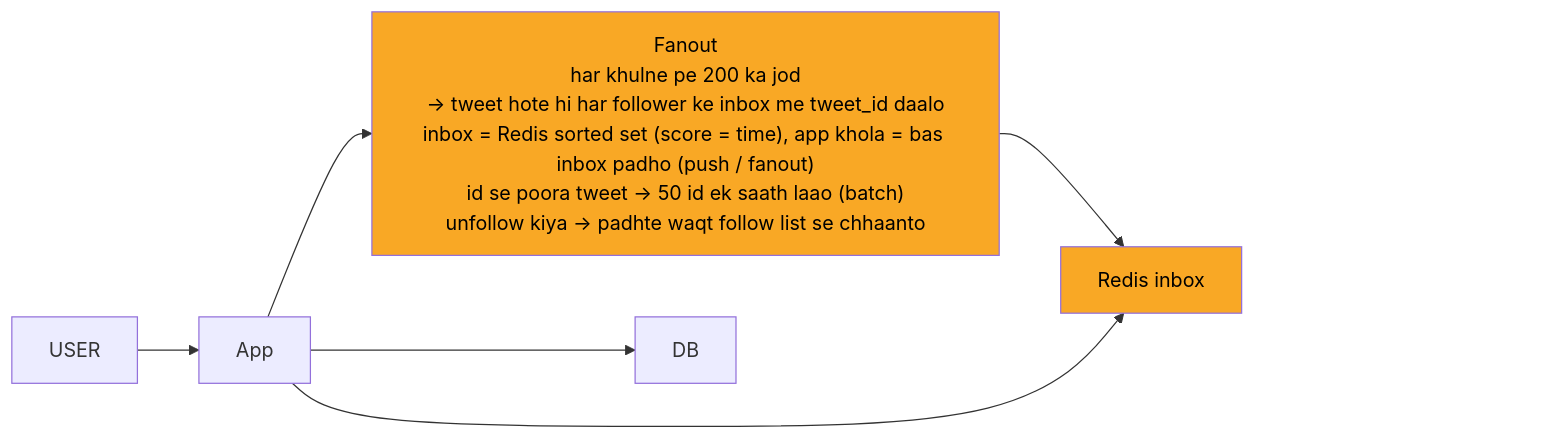
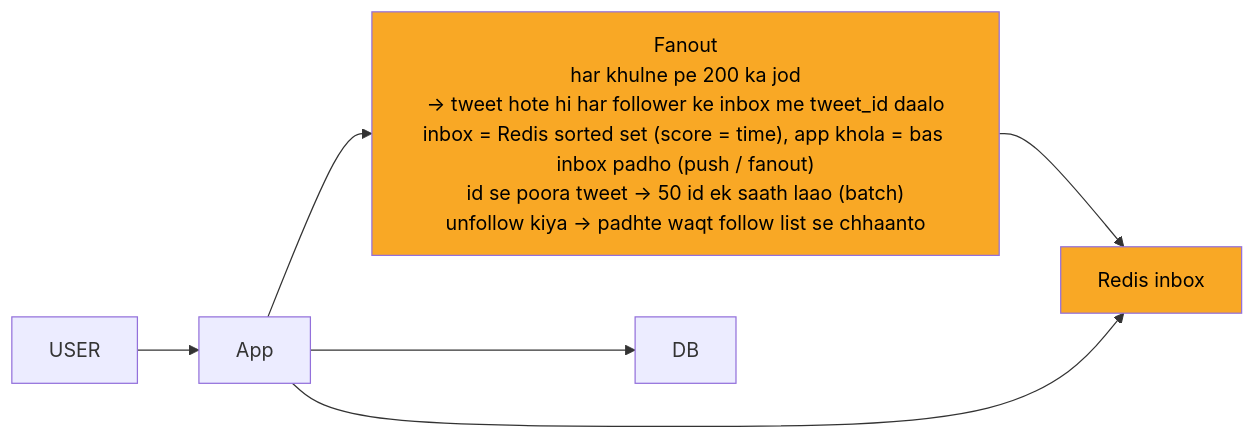
Before and after one commit to ArpanMaheshwari144/Prep: the second of 12 diagrams in 04_HLD/SYSTEM_DESIGNS/03_twitter_feed/03_twitter_feed.md, drawn with Mermaid. The commit also changed other lines of this file and 182 other files, not shown here.

Commit message:
hld 14 file: har diagram mermaid-cli se SVG image (source details me), n_pad hataya, render tool 04_HLD/tools

````diff
--- a/04_HLD/SYSTEM_DESIGNS/03_twitter_feed/03_twitter_feed.md
+++ b/04_HLD/SYSTEM_DESIGNS/03_twitter_feed/03_twitter_feed.md
@@ -111,19 +119,16 @@
 ```mermaid
 %%{init: {"flowchart": {"wrappingWidth": 450}}}%%
 flowchart LR
     n_USER["USER"]
     n_App["App"]
     n_Fanout["Fanout<br/>har khulne pe 200 ka jod<br/>-> tweet hote hi har follower ke inbox me tweet_id daalo<br/>inbox = Redis sorted set (score = time), app khola = bas inbox padho (push / fanout)<br/>id se poora tweet -> 50 id ek saath laao (batch)<br/>unfollow kiya -> padhte waqt follow list se chhaanto"]
     n_Redis_inbox["Redis inbox"]
     n_DB["DB"]
     n_USER --> n_App
     n_App --> n_Fanout
     n_App --> n_DB
     n_Fanout --> n_Redis_inbox
     n_App --> n_Redis_inbox
-    n_pad["xxxxxxxxxxxxxxxx"]
-    n_Redis_inbox ~~~ n_pad
     style n_Fanout fill:#f9a825,color:#000
     style n_Redis_inbox fill:#f9a825,color:#000
-    style n_pad fill:none,stroke:none,color:#ffffff00
 ```
````
